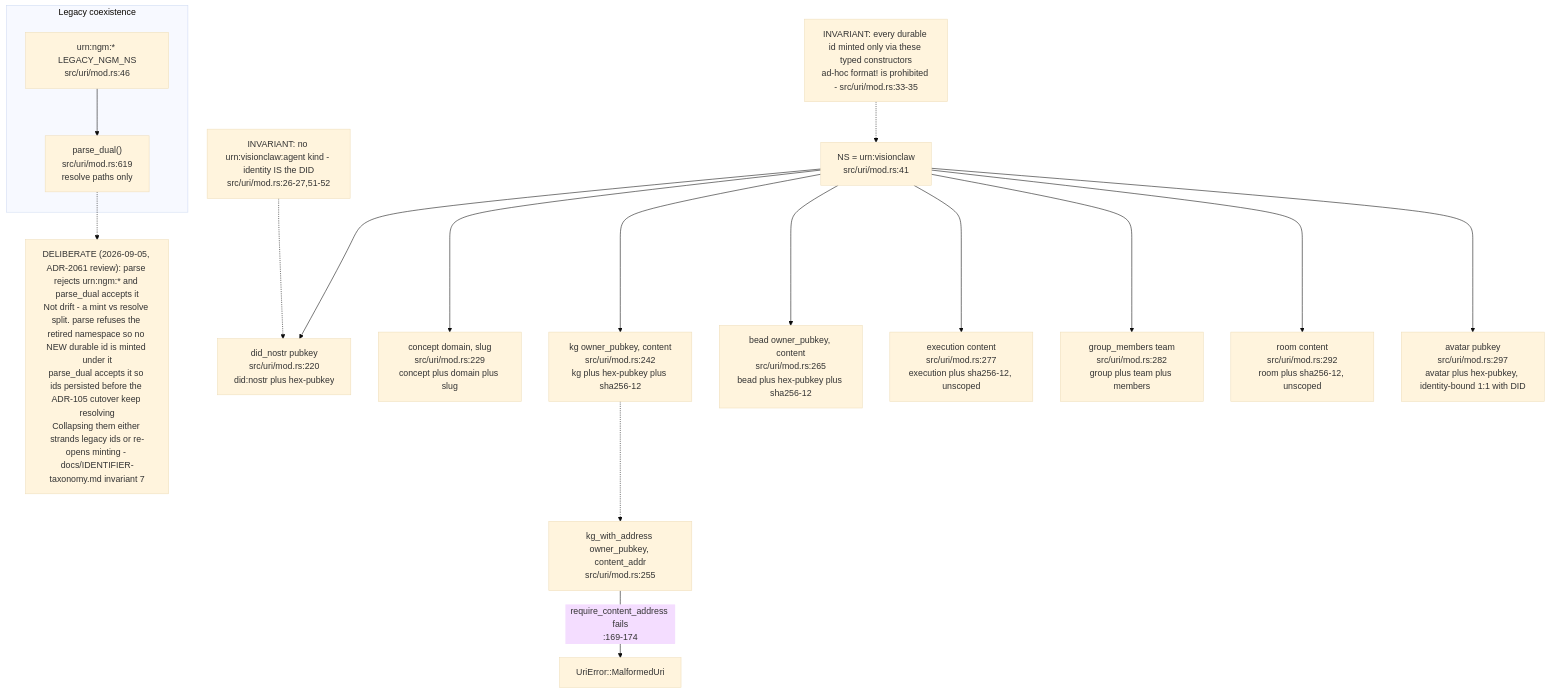
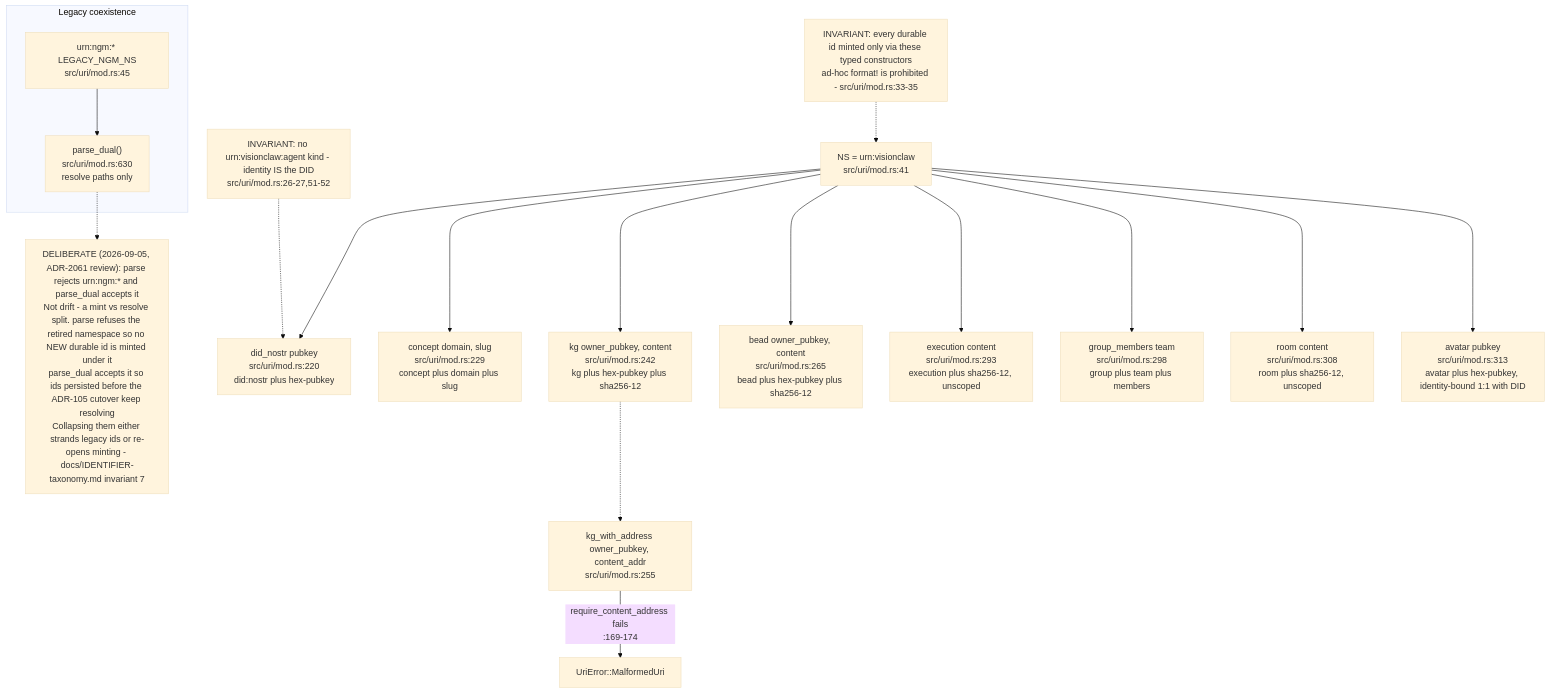
The second of 12 diagrams in docs/diagrams/estate/03-cross-repo-federation-contract.md (DreamLab-AI/VisionFlow), drawn with Mermaid (base theme) before and after one commit. The commit also changed other lines of this file and 94 other files, not shown here.

First line of the commit message:
docs(diagrams): re-verify 130 topics against 2 October HEADs

````diff
--- a/docs/diagrams/estate/03-cross-repo-federation-contract.md
+++ b/docs/diagrams/estate/03-cross-repo-federation-contract.md
@@ -95,35 +95,35 @@
 ```mermaid
 flowchart TD
     NS["NS = urn:visionclaw<br/>src/uri/mod.rs:41"]
     DID["did_nostr pubkey<br/>src/uri/mod.rs:220<br/>did:nostr plus hex-pubkey"]
     CONCEPT["concept domain, slug<br/>src/uri/mod.rs:229<br/>concept plus domain plus slug"]
     KG["kg owner_pubkey, content<br/>src/uri/mod.rs:242<br/>kg plus hex-pubkey plus sha256-12"]
     KGADDR["kg_with_address owner_pubkey, content_addr<br/>src/uri/mod.rs:255"]
     BEAD["bead owner_pubkey, content<br/>src/uri/mod.rs:265<br/>bead plus hex-pubkey plus sha256-12"]
-    EXEC["execution content<br/>src/uri/mod.rs:277<br/>execution plus sha256-12, unscoped"]
-    GROUP["group_members team<br/>src/uri/mod.rs:282<br/>group plus team plus members"]
-    ROOM["room content<br/>src/uri/mod.rs:292<br/>room plus sha256-12, unscoped"]
-    AVATAR["avatar pubkey<br/>src/uri/mod.rs:297<br/>avatar plus hex-pubkey, identity-bound 1:1 with DID"]
+    EXEC["execution content<br/>src/uri/mod.rs:293<br/>execution plus sha256-12, unscoped"]
+    GROUP["group_members team<br/>src/uri/mod.rs:298<br/>group plus team plus members"]
+    ROOM["room content<br/>src/uri/mod.rs:308<br/>room plus sha256-12, unscoped"]
+    AVATAR["avatar pubkey<br/>src/uri/mod.rs:313<br/>avatar plus hex-pubkey, identity-bound 1:1 with DID"]
     NS --> DID
     NS --> CONCEPT
     NS --> KG
     KG -.-> KGADDR
     NS --> BEAD
     NS --> EXEC
     NS --> GROUP
     NS --> ROOM
     NS --> AVATAR
     ERR["UriError::MalformedUri"]
     KGADDR -- "require_content_address fails<br/>:169-174" --> ERR
     subgraph LEGACY["Legacy coexistence"]
-        NGM["urn:ngm:* LEGACY_NGM_NS<br/>src/uri/mod.rs:46"]
-        DUAL["parse_dual()<br/>src/uri/mod.rs:619<br/>resolve paths only"]
+        NGM["urn:ngm:* LEGACY_NGM_NS<br/>src/uri/mod.rs:45"]
+        DUAL["parse_dual()<br/>src/uri/mod.rs:630<br/>resolve paths only"]
         NGM --> DUAL
     end
     NOTE1["INVARIANT: no urn:visionclaw:agent kind - identity IS the DID<br/>src/uri/mod.rs:26-27,51-52"]
     NOTE2["INVARIANT: every durable id minted only via these typed constructors<br/>ad-hoc format! is prohibited - src/uri/mod.rs:33-35"]
     NOTE3["DELIBERATE (2026-09-05, ADR-2061 review): parse rejects urn:ngm:* and parse_dual accepts it<br/>Not drift - a mint vs resolve split. parse refuses the retired namespace so no NEW durable id is minted under it<br/>parse_dual accepts it so ids persisted before the ADR-105 cutover keep resolving<br/>Collapsing them either strands legacy ids or re-opens minting - docs/IDENTIFIER-taxonomy.md invariant 7"]
     NOTE1 -.-> DID
     NOTE2 -.-> NS
     DUAL -.-> NOTE3
 ```
````
